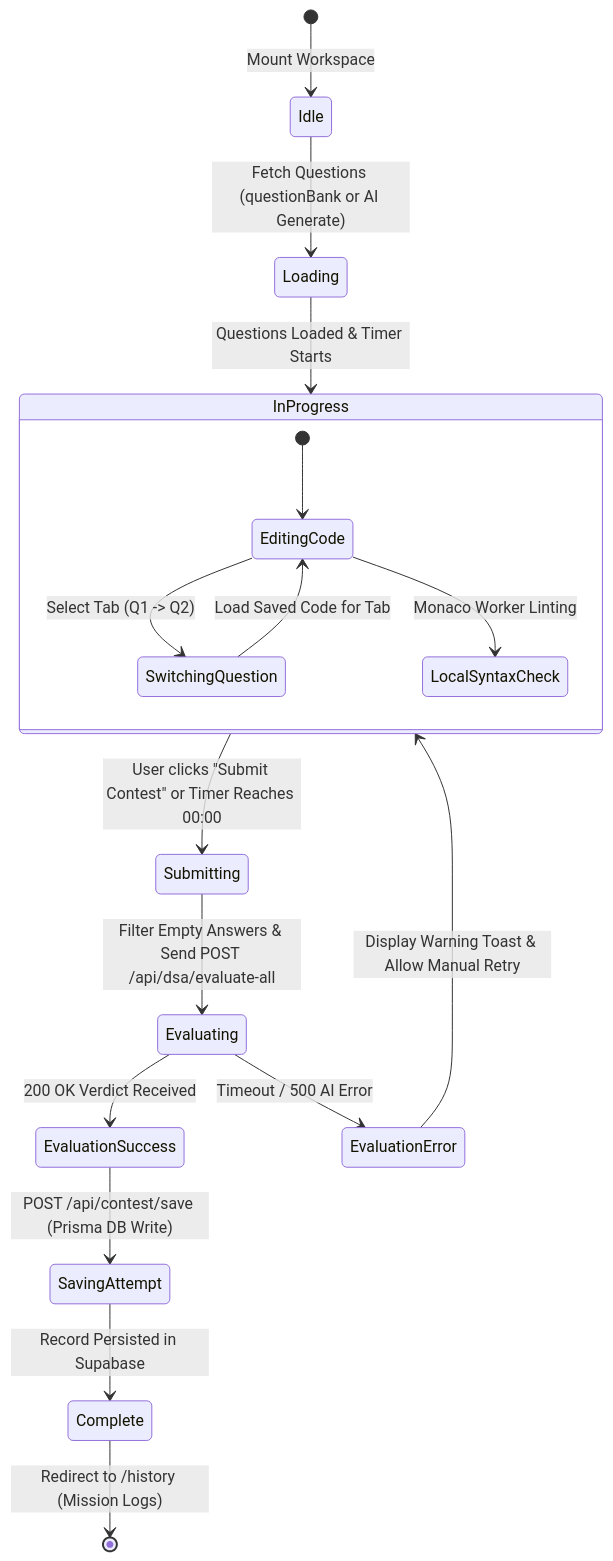
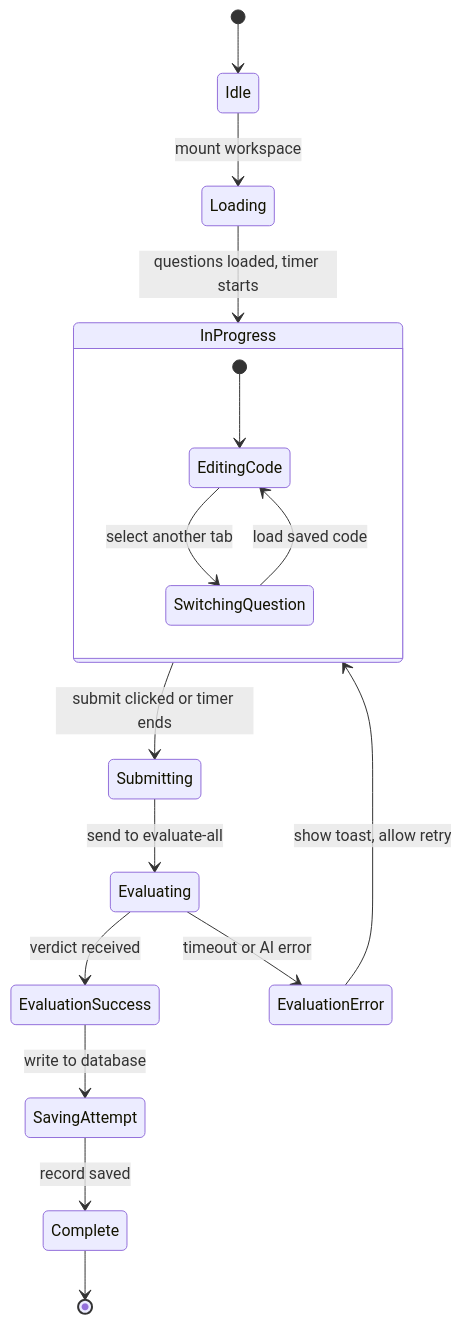
Diagram 15 of 19 in README.md (DevSars24/codeify), drawn with Mermaid before and after one commit. The commit also changed other lines of this file, not shown here.

````diff
--- a/README.md
+++ b/README.md
@@ -726,25 +626,21 @@
 ```mermaid
 stateDiagram-v2
-    [*] --> Idle: Mount Workspace
-    Idle --> Loading: Fetch Questions (questionBank or AI Generate)
-    Loading --> InProgress: Questions Loaded & Timer Starts
-    
+    [*] --> Idle
+    Idle --> Loading : mount workspace
+    Loading --> InProgress : questions loaded, timer starts
+
     state InProgress {
         [*] --> EditingCode
-        EditingCode --> SwitchingQuestion: Select Tab (Q1 -> Q2)
-        SwitchingQuestion --> EditingCode: Load Saved Code for Tab
-        EditingCode --> LocalSyntaxCheck: Monaco Worker Linting
+        EditingCode --> SwitchingQuestion : select another tab
+        SwitchingQuestion --> EditingCode : load saved code
     }
-    
-    InProgress --> Submitting: User clicks "Submit Contest" or Timer Reaches 00:00
-    Submitting --> Evaluating: Filter Empty Answers & Send POST /api/dsa/evaluate-all
-    
-    Evaluating --> EvaluationSuccess: 200 OK Verdict Received
-    Evaluating --> EvaluationError: Timeout / 500 AI Error
-    
-    EvaluationError --> InProgress: Display Warning Toast & Allow Manual Retry
-    
-    EvaluationSuccess --> SavingAttempt: POST /api/contest/save (Prisma DB Write)
-    SavingAttempt --> Complete: Record Persisted in Supabase
-    Complete --> [*]: Redirect to /history (Mission Logs)
+
+    InProgress --> Submitting : submit clicked or timer ends
+    Submitting --> Evaluating : send to evaluate-all
+    Evaluating --> EvaluationSuccess : verdict received
+    Evaluating --> EvaluationError : timeout or AI error
+    EvaluationError --> InProgress : show toast, allow retry
+    EvaluationSuccess --> SavingAttempt : write to database
+    SavingAttempt --> Complete : record saved
+    Complete --> [*]
 ```
````
